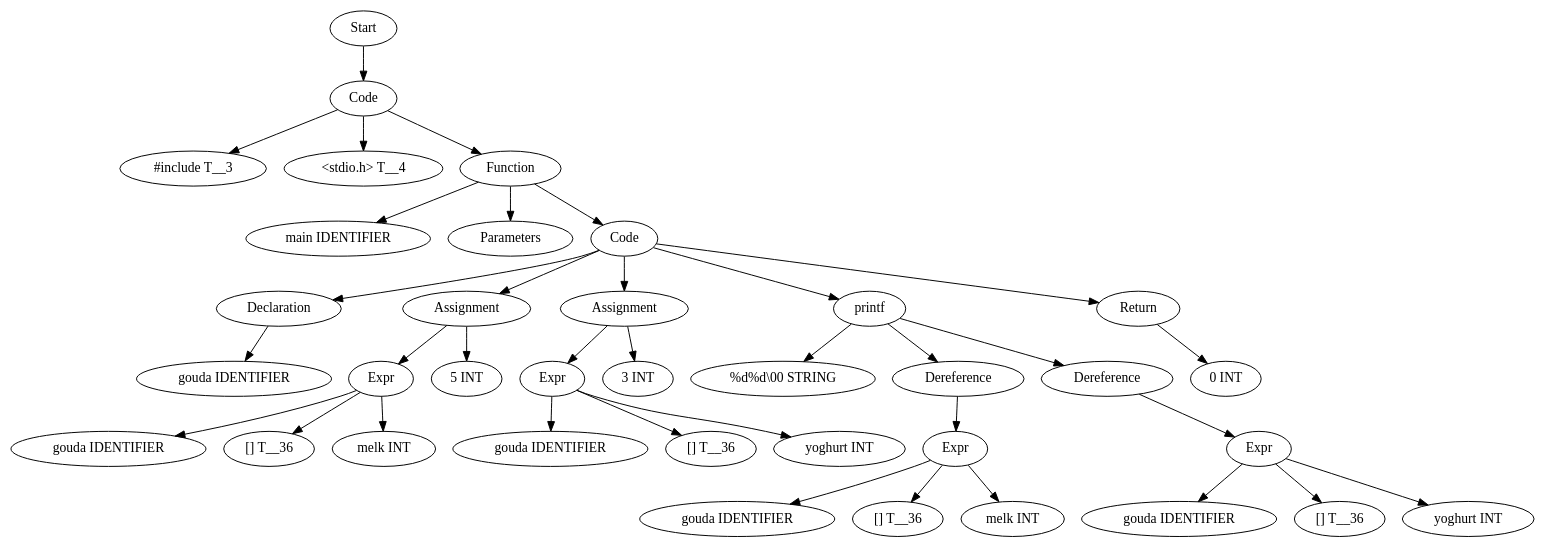
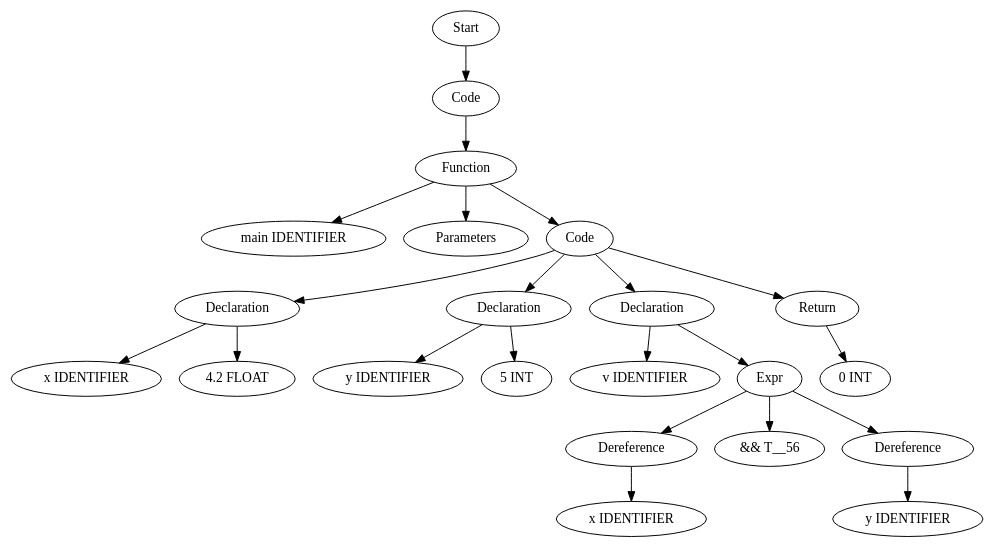
Before and after one commit to Are-you-listening/Compilers: the diagram in TestCases/ASTTests/ConversionTests/createTests/read_file_before.dot, drawn with Graphviz. The commit also changed 340 other files, not shown here.

```diff
--- a/TestCases/ASTTests/ConversionTests/createTests/read_file_before.dot
+++ b/TestCases/ASTTests/ConversionTests/createTests/read_file_before.dot
@@ -1,73 +1,45 @@
 digraph AST {
-  "139995272145712" [label="Start"];
-  "139995272145712" -> "139995272148304";
-  "139995272148304" [label="Code"];
-  "139995272148304" -> "139995272148448";
-  "139995272148304" -> "139995272148736";
-  "139995272148304" -> "139995272149792";
-  "139995272148448" [label="#include T__3"];
-  "139995272148736" [label="<stdio.h> T__4"];
-  "139995272149792" [label="Function"];
-  "139995272149792" -> "139995272146000";
-  "139995272149792" -> "139995272149696";
-  "139995272149792" -> "139995272145328";
-  "139995272146000" [label="main IDENTIFIER"];
-  "139995272149696" [label="Parameters"];
-  "139995272145328" [label="Code"];
-  "139995272145328" -> "139995272147776";
-  "139995272145328" -> "139995272143360";
-  "139995272145328" -> "139995272135872";
-  "139995272145328" -> "139995272137504";
-  "139995272145328" -> "139995272147200";
-  "139995272147776" [label="Declaration"];
-  "139995272147776" -> "139995272148976";
-  "139995272148976" [label="gouda IDENTIFIER"];
-  "139995272143360" [label="Assignment"];
-  "139995272143360" -> "139995272148112";
-  "139995272143360" -> "139995272135152";
-  "139995272148112" [label="Expr"];
-  "139995272148112" -> "139995272149216";
-  "139995272148112" -> "139995272142592";
-  "139995272148112" -> "139995272150080";
-  "139995272149216" [label="gouda IDENTIFIER"];
-  "139995272142592" [label="[] T__36"];
-  "139995272150080" [label="melk INT"];
-  "139995272135152" [label="5 INT"];
-  "139995272135872" [label="Assignment"];
-  "139995272135872" -> "139995272141056";
-  "139995272135872" -> "139995272146960";
-  "139995272141056" [label="Expr"];
-  "139995272141056" -> "139995272138464";
-  "139995272141056" -> "139995272142544";
-  "139995272141056" -> "139995272140048";
-  "139995272138464" [label="gouda IDENTIFIER"];
-  "139995272142544" [label="[] T__36"];
-  "139995272140048" [label="yoghurt INT"];
-  "139995272146960" [label="3 INT"];
-  "139995272137504" [label="printf"];
-  "139995272137504" -> "139995272147152";
-  "139995272137504" -> "139995272148688";
-  "139995272137504" -> "139995272148640";
-  "139995272147152" [label="%d%d\\00 STRING"];
-  "139995272148688" [label="Dereference"];
-  "139995272148688" -> "139995272147056";
-  "139995272147056" [label="Expr"];
-  "139995272147056" -> "139995272146288";
-  "139995272147056" -> "139995272149600";
-  "139995272147056" -> "139995272134720";
-  "139995272146288" [label="gouda IDENTIFIER"];
-  "139995272149600" [label="[] T__36"];
-  "139995272134720" [label="melk INT"];
-  "139995272148640" [label="Dereference"];
-  "139995272148640" -> "139995272145856";
-  "139995272145856" [label="Expr"];
-  "139995272145856" -> "139995272141344";
-  "139995272145856" -> "139995272146048";
-  "139995272145856" -> "139995272136928";
-  "139995272141344" [label="gouda IDENTIFIER"];
-  "139995272146048" [label="[] T__36"];
-  "139995272136928" [label="yoghurt INT"];
-  "139995272147200" [label="Return"];
-  "139995272147200" -> "139995272149936";
-  "139995272149936" [label="0 INT"];
+  "126630981605648" [label="Start"];
+  "126630981605648" -> "126630981604736";
+  "126630981604736" [label="Code"];
+  "126630981604736" -> "126630981611744";
+  "126630981611744" [label="Function"];
+  "126630981611744" -> "126630981611456";
+  "126630981611744" -> "126630981613040";
+  "126630981611744" -> "126630981604064";
+  "126630981611456" [label="main IDENTIFIER"];
+  "126630981613040" [label="Parameters"];
+  "126630981604064" [label="Code"];
+  "126630981604064" -> "126630981654992";
+  "126630981604064" -> "126630981652256";
+  "126630981604064" -> "126630981655040";
+  "126630981604064" -> "126630981652304";
+  "126630981654992" [label="Declaration"];
+  "126630981654992" -> "126630981649424";
+  "126630981654992" -> "126630981656144";
+  "126630981649424" [label="x IDENTIFIER"];
+  "126630981656144" [label="4.2 FLOAT"];
+  "126630981652256" [label="Declaration"];
+  "126630981652256" -> "126630981657776";
+  "126630981652256" -> "126630981650144";
+  "126630981657776" [label="y IDENTIFIER"];
+  "126630981650144" [label="5 INT"];
+  "126630981655040" [label="Declaration"];
+  "126630981655040" -> "126630981662624";
+  "126630981655040" -> "126630981657392";
+  "126630981662624" [label="v IDENTIFIER"];
+  "126630981657392" [label="Expr"];
+  "126630981657392" -> "126630981659264";
+  "126630981657392" -> "126630981648848";
+  "126630981657392" -> "126630981657920";
+  "126630981659264" [label="Dereference"];
+  "126630981659264" -> "126630981662288";
+  "126630981662288" [label="x IDENTIFIER"];
+  "126630981648848" [label="&& T__56"];
+  "126630981657920" [label="Dereference"];
+  "126630981657920" -> "126630981657248";
+  "126630981657248" [label="y IDENTIFIER"];
+  "126630981652304" [label="Return"];
+  "126630981652304" -> "126630981662144";
+  "126630981662144" [label="0 INT"];
 }
```
